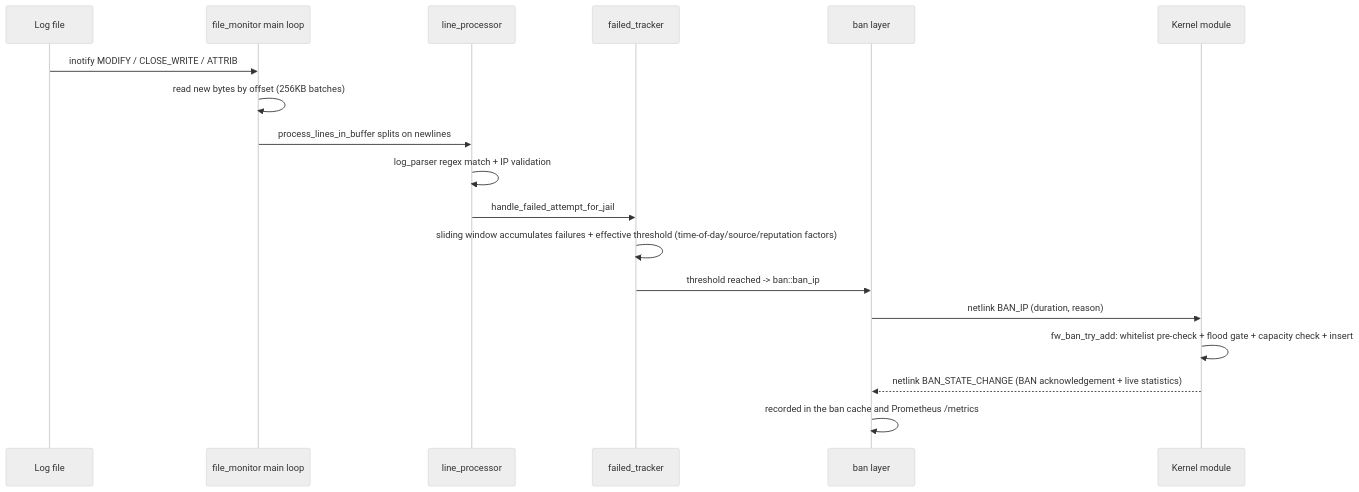
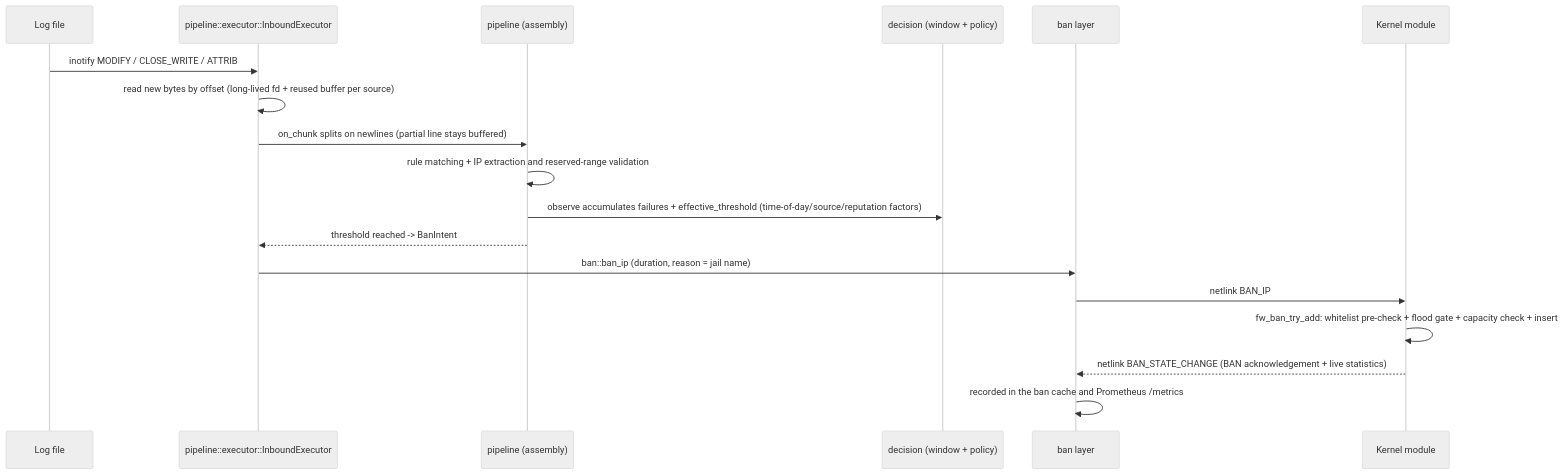
The third of 6 diagrams in docs/en/architecture/data-flow.md (SnowCore8/linux-firewall-kmod), drawn with Mermaid (neutral theme) before and after one commit. The commit also changed other lines of this file and 33 other files, not shown here.

````diff
--- a/docs/en/architecture/data-flow.md
+++ b/docs/en/architecture/data-flow.md
@@ -133,21 +133,21 @@
 ```mermaid
 sequenceDiagram
     participant Log as Log file
-    participant FM as file_monitor main loop
-    participant LP as line_processor
-    participant FT as failed_tracker
+    participant EX as pipeline::executor::InboundExecutor
+    participant Pipe as pipeline (assembly)
+    participant Win as decision (window + policy)
     participant Ban as ban layer
     participant Kernel as Kernel module
 
-    Log->>FM: inotify MODIFY / CLOSE_WRITE / ATTRIB
-    FM->>FM: read new bytes by offset (256KB batches)
-    FM->>LP: process_lines_in_buffer splits on newlines
-    LP->>LP: log_parser regex match + IP validation
-    LP->>FT: handle_failed_attempt_for_jail
-    FT->>FT: sliding window accumulates failures + effective threshold (time-of-day/source/reputation factors)
-    FT->>Ban: threshold reached -> ban::ban_ip
-    Ban->>Kernel: netlink BAN_IP (duration, reason)
+    Log->>EX: inotify MODIFY / CLOSE_WRITE / ATTRIB
+    EX->>EX: read new bytes by offset (long-lived fd + reused buffer per source)
+    EX->>Pipe: on_chunk splits on newlines (partial line stays buffered)
+    Pipe->>Pipe: rule matching + IP extraction and reserved-range validation
+    Pipe->>Win: observe accumulates failures + effective_threshold (time-of-day/source/reputation factors)
+    Pipe-->>EX: threshold reached -> BanIntent
+    EX->>Ban: ban::ban_ip (duration, reason = jail name)
+    Ban->>Kernel: netlink BAN_IP
     Kernel->>Kernel: fw_ban_try_add: whitelist pre-check + flood gate + capacity check + insert
     Kernel-->>Ban: netlink BAN_STATE_CHANGE (BAN acknowledgement + live statistics)
     Ban->>Ban: recorded in the ban cache and Prometheus /metrics
 ```
````
